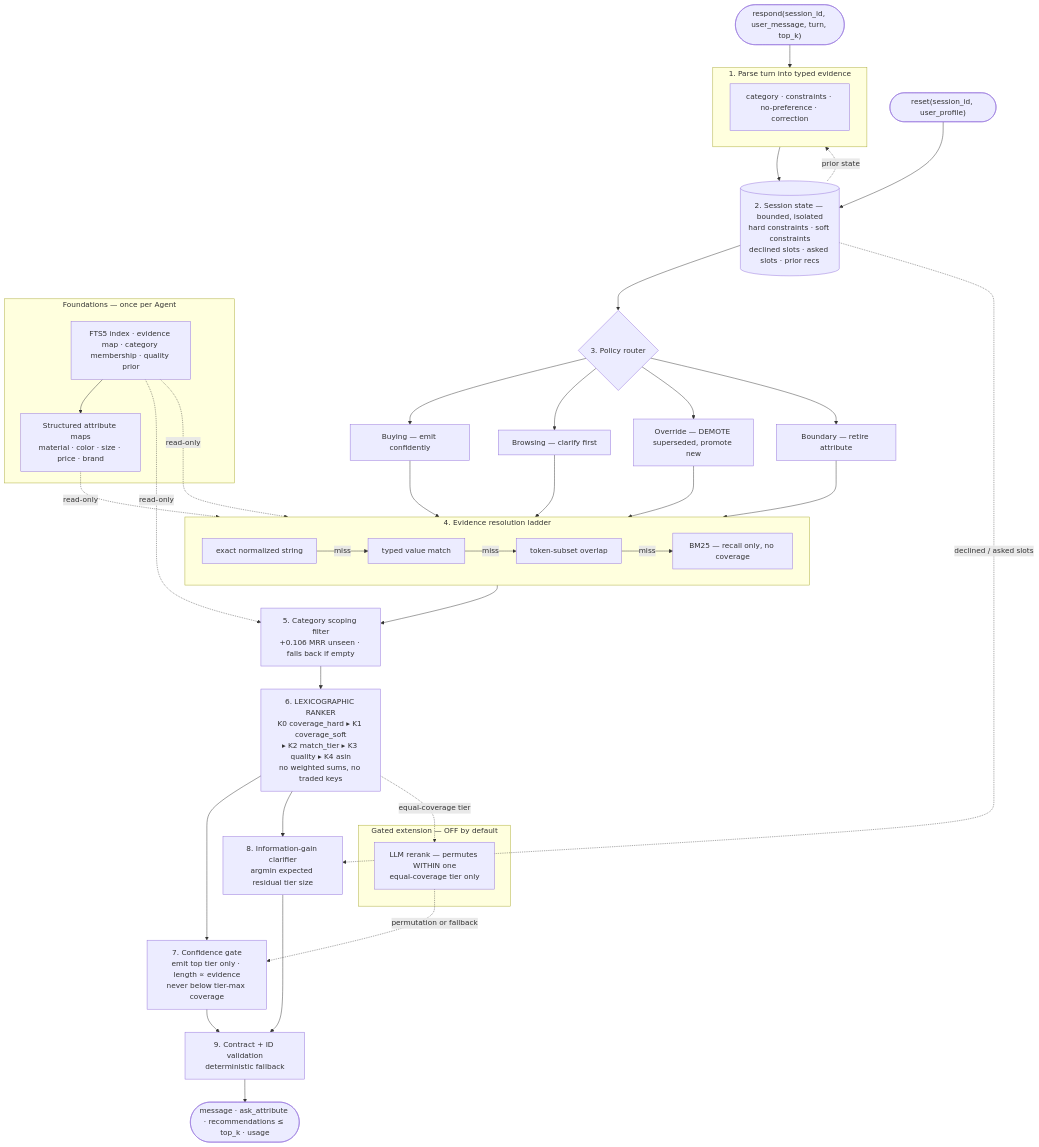
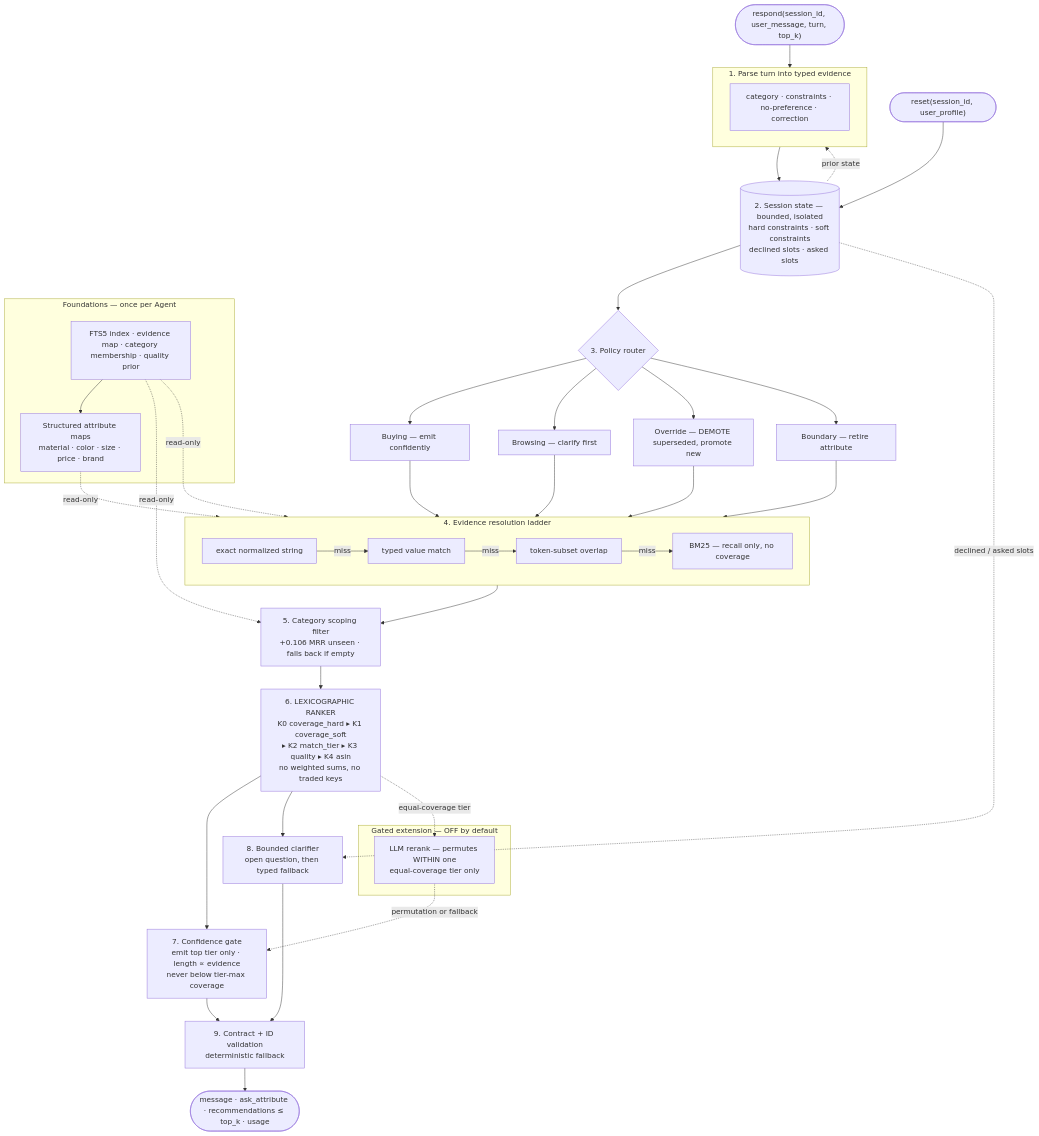
The diagram in documentations/ARCHITECTURE.md (v1-nce/gitpushnpray), drawn with Mermaid before and after one commit. The commit also changed other lines of this file and 11 other files, not shown here.

````diff
--- a/documentations/ARCHITECTURE.md
+++ b/documentations/ARCHITECTURE.md
@@ -226,66 +228,66 @@
 ```mermaid
 flowchart TB
     subgraph FOUND["Foundations — once per Agent"]
         F1["FTS5 index · evidence map · category membership · quality prior"]
         F2["Structured attribute maps<br/>material · color · size · price · brand"]
         F1 --> F2
     end
 
     RESET(["reset(session_id, user_profile)"]) --> STATE
     ENTRY(["respond(session_id, user_message, turn, top_k)"]) --> PARSE
 
     subgraph PARSE["1. Parse turn into typed evidence"]
         P1["category · constraints · no-preference · correction"]
     end
 
-    STATE[("2. Session state — bounded, isolated<br/>hard constraints · soft constraints<br/>declined slots · asked slots · prior recs")]
+    STATE[("2. Session state — bounded, isolated<br/>hard constraints · soft constraints<br/>declined slots · asked slots")]
     PARSE --> STATE
     STATE -.->|prior state| PARSE
 
     ROUTER{"3. Policy router"}
     STATE --> ROUTER
     ROUTER --> BUY["Buying — emit confidently"]
     ROUTER --> BROWSE["Browsing — clarify first"]
     ROUTER --> OVER["Override — DEMOTE superseded, promote new"]
     ROUTER --> BOUND["Boundary — retire attribute"]
 
     subgraph LADDER["4. Evidence resolution ladder"]
         L1["exact normalized string"]
         L2["typed value match"]
         L3["token-subset overlap"]
         L4["BM25 — recall only, no coverage"]
         L1 -->|miss| L2 -->|miss| L3 -->|miss| L4
     end
     BUY --> LADDER
     BROWSE --> LADDER
     OVER --> LADDER
     BOUND --> LADDER
 
     SCOPE["5. Category scoping filter<br/>+0.106 MRR unseen · falls back if empty"]
     LADDER --> SCOPE
 
     RANK["6. LEXICOGRAPHIC RANKER<br/>K0 coverage_hard ▸ K1 coverage_soft<br/>▸ K2 match_tier ▸ K3 quality ▸ K4 asin<br/>no weighted sums, no traded keys"]
     SCOPE --> RANK
 
     GATE["7. Confidence gate<br/>emit top tier only · length ∝ evidence<br/>never below tier-max coverage"]
     RANK --> GATE
 
-    ASK["8. Information-gain clarifier<br/>argmin expected residual tier size"]
+    ASK["8. Bounded clarifier<br/>open question, then typed fallback"]
     RANK --> ASK
     STATE -.->|declined / asked slots| ASK
 
     OUT(["message · ask_attribute · recommendations ≤ top_k · usage"])
     GATE --> VALID["9. Contract + ID validation<br/>deterministic fallback"]
     ASK --> VALID
     VALID --> OUT
 
     subgraph EXT["Gated extension — OFF by default"]
         X1["LLM rerank — permutes WITHIN one<br/>equal-coverage tier only"]
     end
     RANK -.->|equal-coverage tier| X1
     X1 -.->|permutation or fallback| GATE
 
     F1 -.->|read-only| LADDER
     F2 -.->|read-only| LADDER
     F1 -.->|read-only| SCOPE
 ```
````
